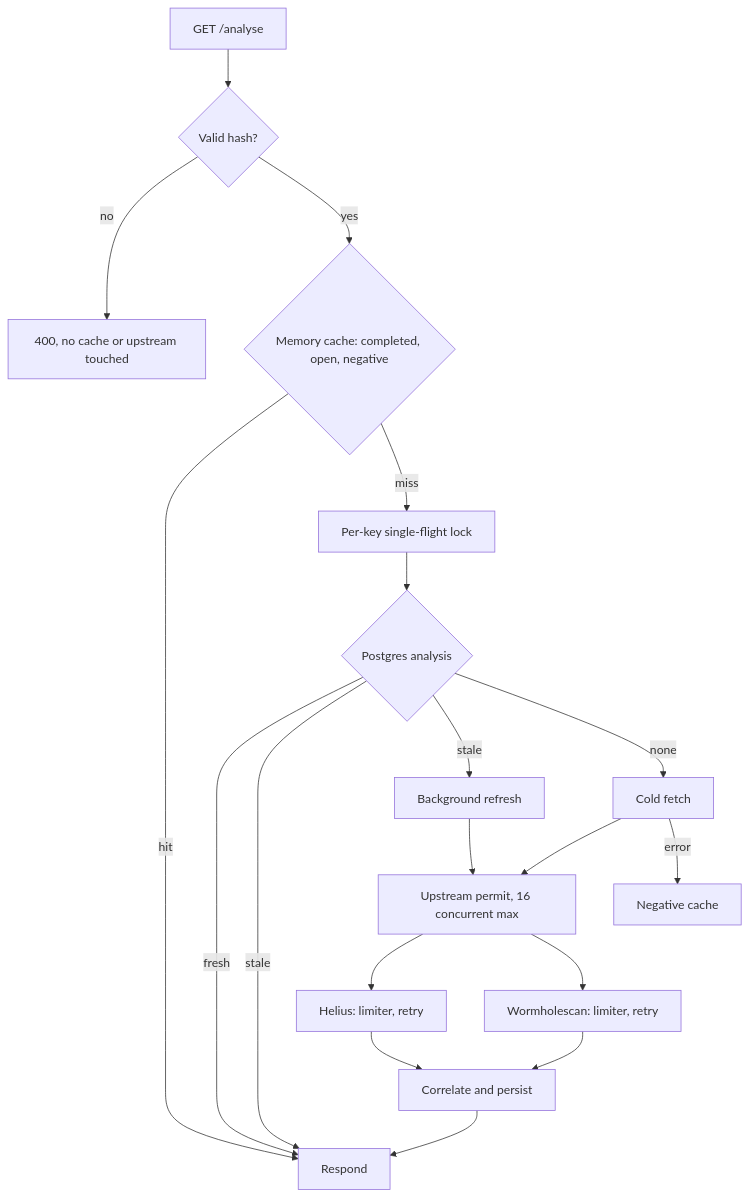
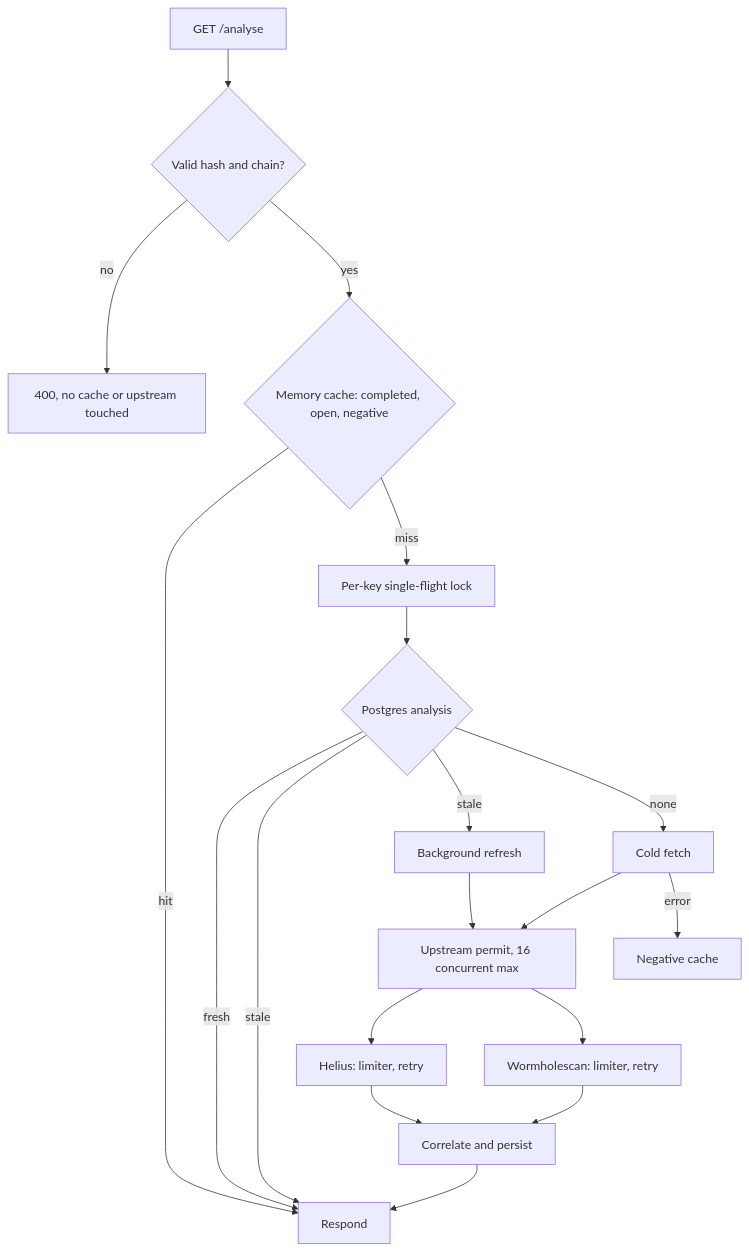
One commit to VedantShuklaaa/bridgeIndexer changed the fourth of 4 diagrams in README.md. Above: the diagram before and after it, drawn with Mermaid. The commit also changed other lines of this file and 8 other files, not shown here.

````diff
--- a/README.md
+++ b/README.md
@@ -402,21 +402,21 @@
 ```mermaid
 flowchart TD
-    REQ[GET /analyse] --> VAL{Valid hash?}
+    REQ[GET /analyse] --> VAL{Valid hash and chain?}
     VAL -- no --> E400[400, no cache or upstream touched]
     VAL -- yes --> MEM{"Memory cache: completed, open, negative"}
     MEM -- hit --> RESP[Respond]
     MEM -- miss --> LOCK[Per-key single-flight lock]
     LOCK --> DB{Postgres analysis}
     DB -- fresh --> RESP
     DB -- stale --> RESP
     DB -- stale --> BG[Background refresh]
     DB -- none --> COLD[Cold fetch]
     COLD --> PERM[Upstream permit, 16 concurrent max]
     PERM --> HEL[Helius: limiter, retry]
     PERM --> WH[Wormholescan: limiter, retry]
     HEL --> CORR[Correlate and persist]
     WH --> CORR
     CORR --> RESP
     COLD -- error --> NEG[Negative cache]
     BG --> PERM
 ```
````
